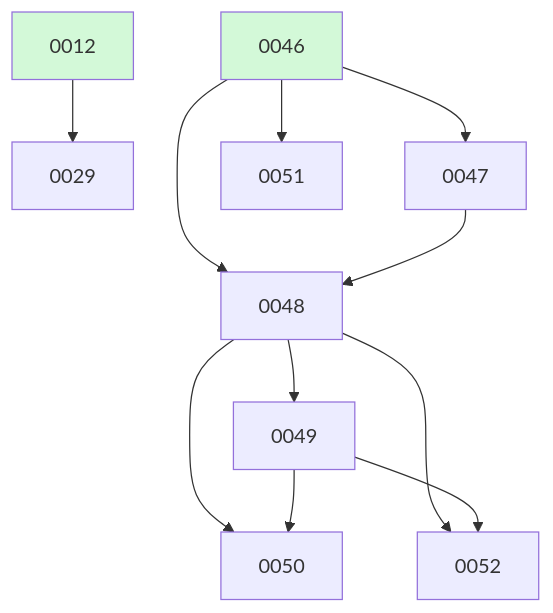
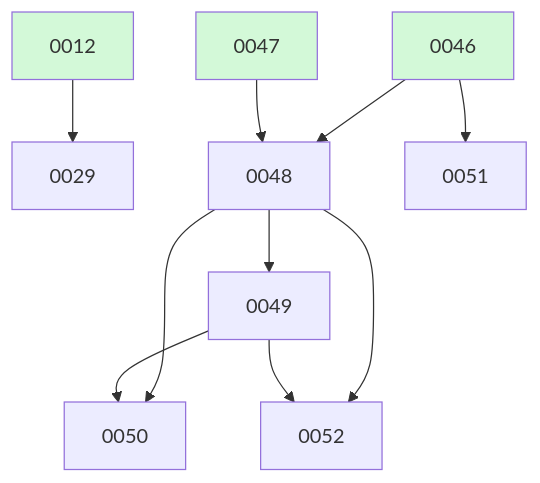
One commit to ethanhinson/fuse changed the diagram in docs/changes/BOARD.md. Above: the diagram before and after it, drawn with Mermaid. The commit also changed other lines of this file, not shown here.

````diff
--- a/docs/changes/BOARD.md
+++ b/docs/changes/BOARD.md
@@ -27,16 +21,16 @@
 ```mermaid
 graph TD
   0012 --> 0029
-  0046 --> 0047
   0046 --> 0048
   0047 --> 0048
   0048 --> 0049
   0048 --> 0050
   0049 --> 0050
   0046 --> 0051
   0048 --> 0052
   0049 --> 0052
   0012:::done
   0046:::done
+  0047:::done
   classDef done fill:#d3f9d8;
 ```
````
